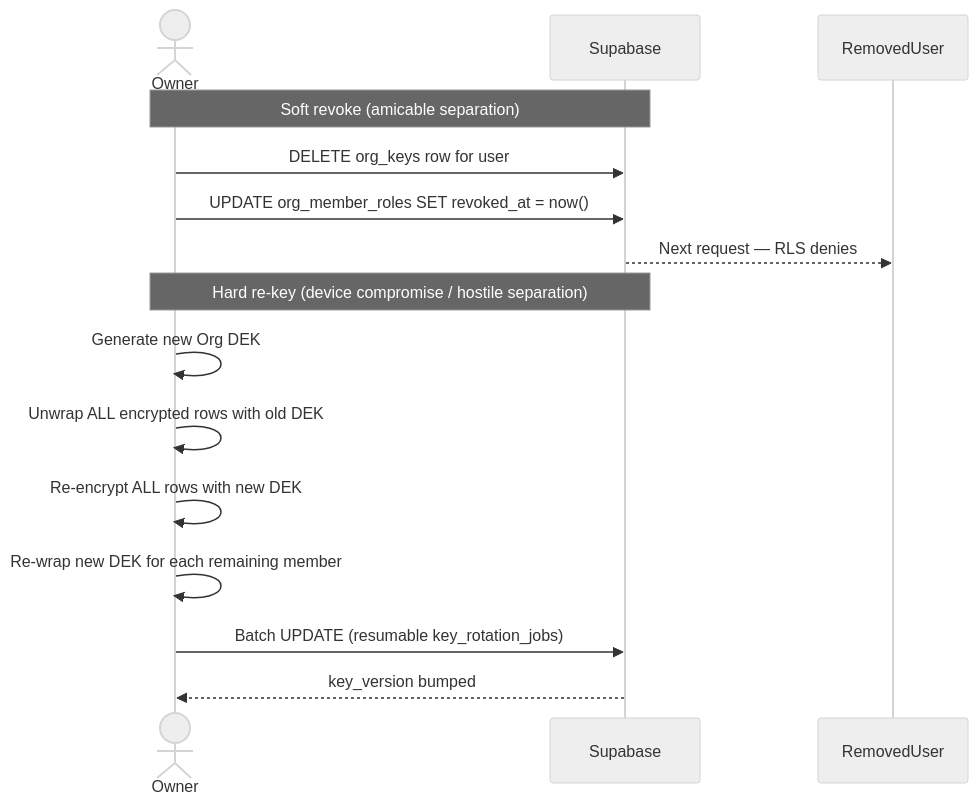
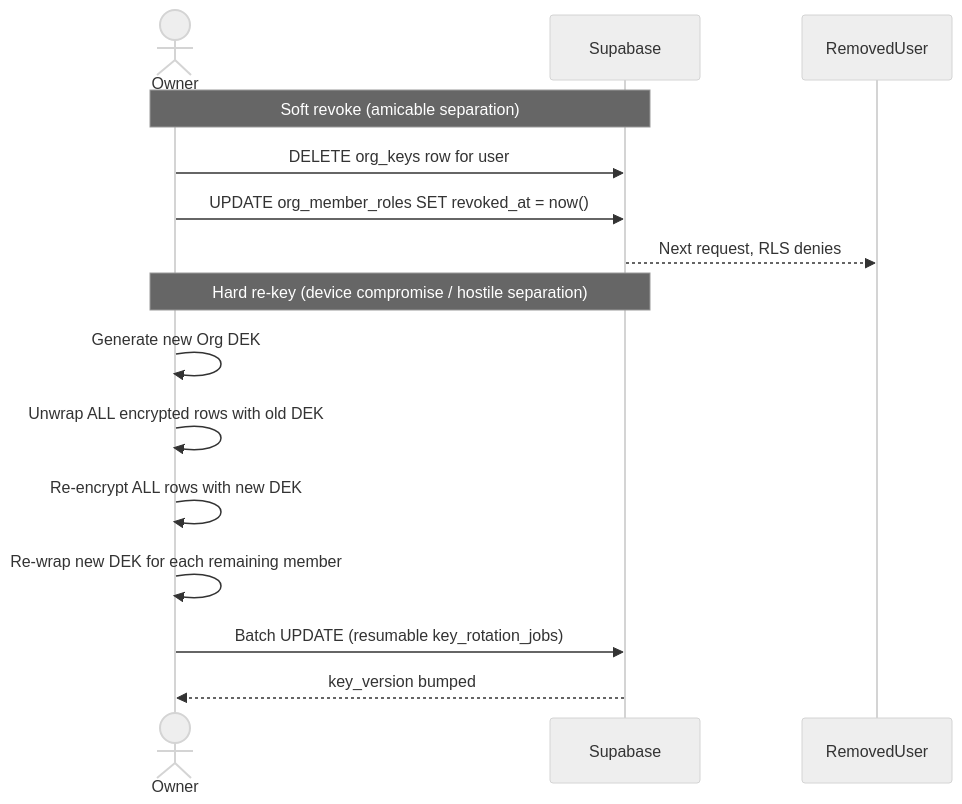
Before and after one commit to The-Orange-Way/Orange-Way-Books: the third of 3 diagrams in docs/OWB-MULTIUSER-DESIGN.md, drawn with Mermaid (neutral theme). The commit also changed other lines of this file and 5 other files, not shown here.

````diff
--- a/docs/OWB-MULTIUSER-DESIGN.md
+++ b/docs/OWB-MULTIUSER-DESIGN.md
@@ -223,19 +223,19 @@
 ```mermaid
 sequenceDiagram
   actor Owner
   participant Supabase
   participant RemovedUser
 
   Note over Owner,Supabase: Soft revoke (amicable separation)
   Owner->>Supabase: DELETE org_keys row for user
   Owner->>Supabase: UPDATE org_member_roles SET revoked_at = now()
-  Supabase-->>RemovedUser: Next request — RLS denies
+  Supabase-->>RemovedUser: Next request, RLS denies
 
   Note over Owner,Supabase: Hard re-key (device compromise / hostile separation)
   Owner->>Owner: Generate new Org DEK
   Owner->>Owner: Unwrap ALL encrypted rows with old DEK
   Owner->>Owner: Re-encrypt ALL rows with new DEK
   Owner->>Owner: Re-wrap new DEK for each remaining member
   Owner->>Supabase: Batch UPDATE (resumable key_rotation_jobs)
   Supabase-->>Owner: key_version bumped
 ```
````
